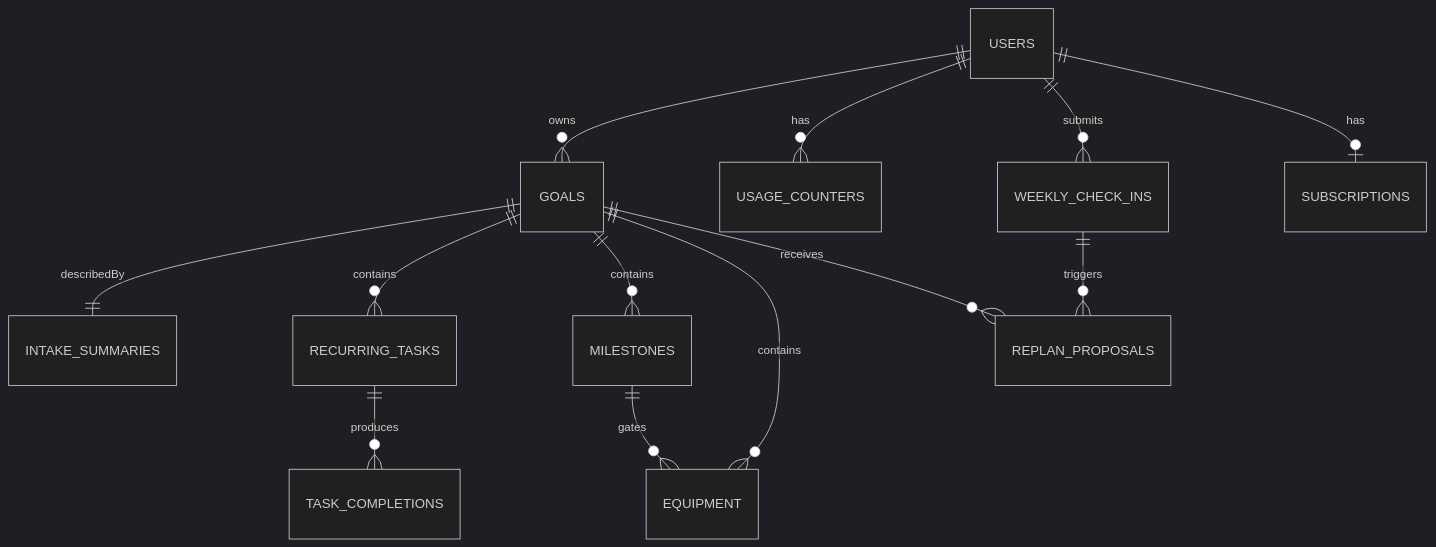
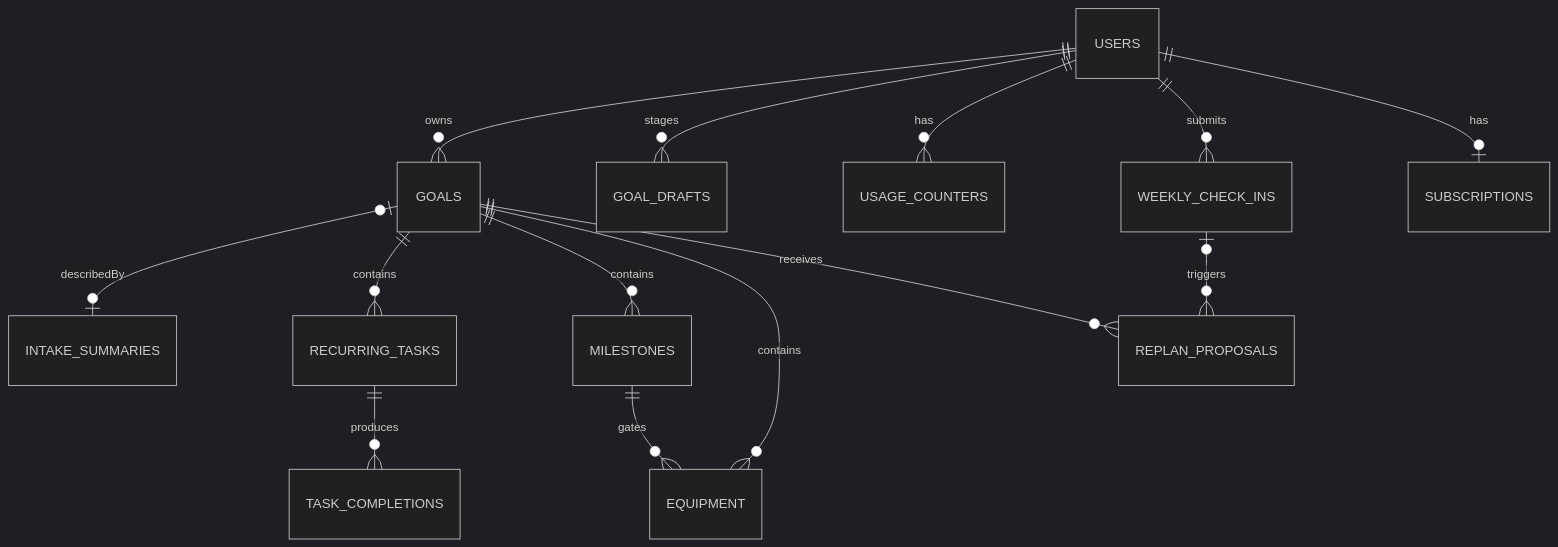
Before and after one commit to MuratAlkan06/strix: the diagram in PLAN.md, drawn with Mermaid (dark theme). The commit also changed other lines of this file and 7 other files, not shown here.

````diff
--- a/PLAN.md
+++ b/PLAN.md
@@ -33,15 +33,16 @@
 ```mermaid
 erDiagram
     USERS ||--o{ GOALS : owns
+    USERS ||--o{ GOAL_DRAFTS : stages
     USERS ||--o{ USAGE_COUNTERS : has
     USERS ||--o{ WEEKLY_CHECK_INS : submits
     USERS ||--o| SUBSCRIPTIONS : has
-    GOALS ||--|| INTAKE_SUMMARIES : describedBy
+    GOALS |o--o| INTAKE_SUMMARIES : describedBy
     GOALS ||--o{ RECURRING_TASKS : contains
     GOALS ||--o{ MILESTONES : contains
     GOALS ||--o{ EQUIPMENT : contains
     GOALS ||--o{ REPLAN_PROPOSALS : receives
     RECURRING_TASKS ||--o{ TASK_COMPLETIONS : produces
     MILESTONES ||--o{ EQUIPMENT : gates
-    WEEKLY_CHECK_INS ||--o{ REPLAN_PROPOSALS : triggers
+    WEEKLY_CHECK_INS |o--o{ REPLAN_PROPOSALS : triggers
 ```
````
